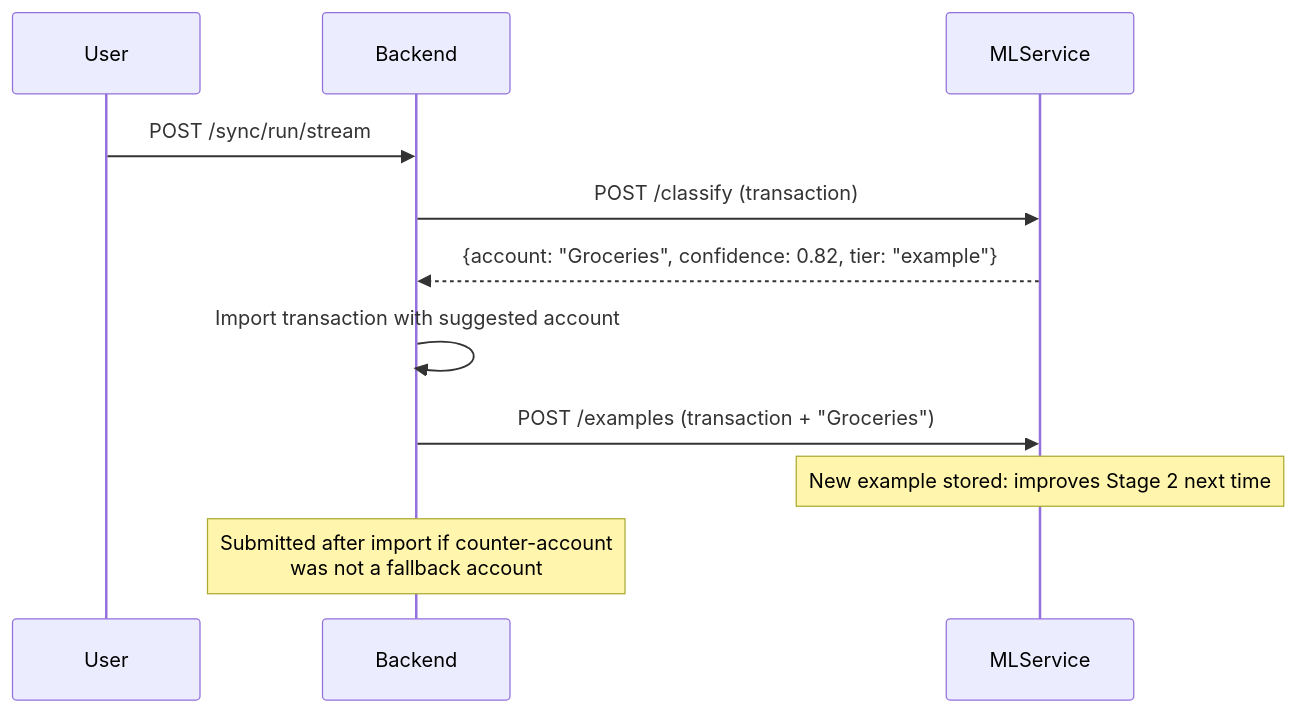
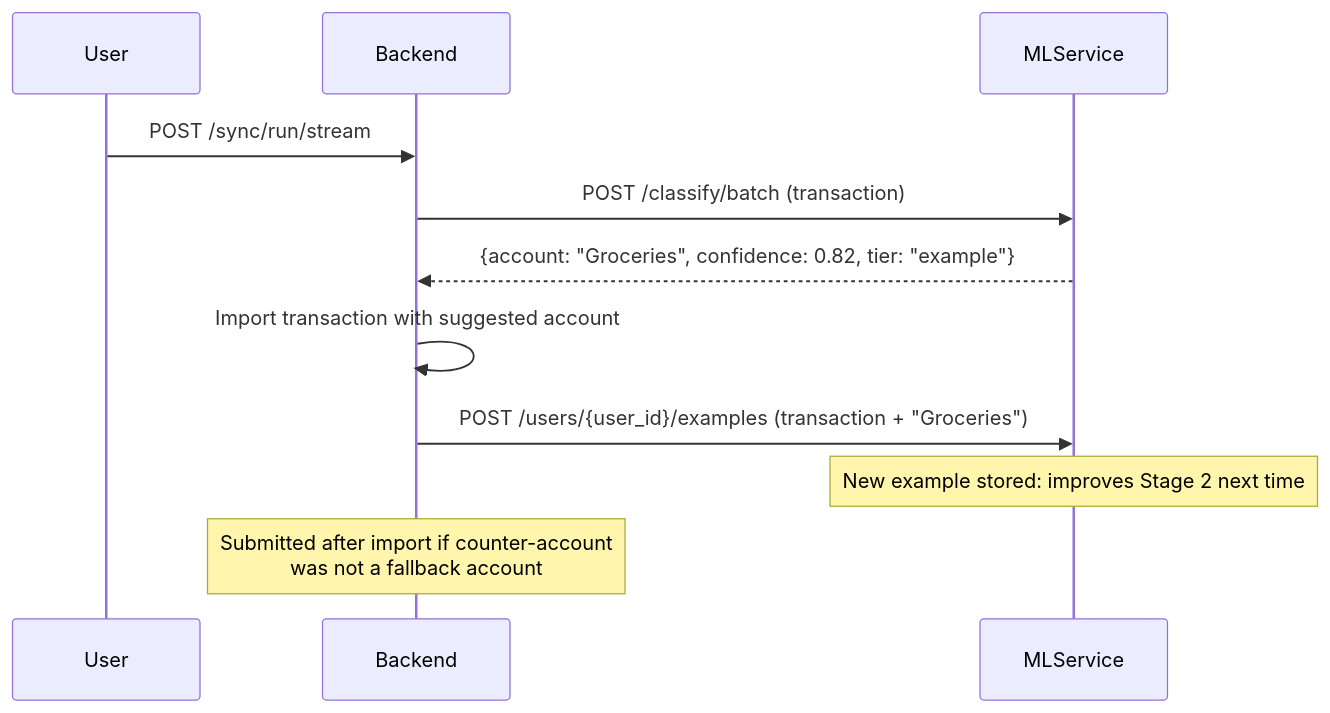
One commit to maltewinckler/swen changed the second of 2 diagrams in docs/ml/pipeline.md. Above: the diagram before and after it, drawn with Mermaid. The commit also changed 11 other files, not shown here.

````diff
--- a/docs/ml/pipeline.md
+++ b/docs/ml/pipeline.md
@@ -96,14 +96,14 @@
 ```mermaid
 sequenceDiagram
     participant User
     participant Backend
     participant MLService
 
     User->>Backend: POST /sync/run/stream
-    Backend->>MLService: POST /classify (transaction)
+    Backend->>MLService: POST /classify/batch (transaction)
     MLService-->>Backend: {account: "Groceries", confidence: 0.82, tier: "example"}
     Backend->>Backend: Import transaction with suggested account
-    Backend->>MLService: POST /examples (transaction + "Groceries")
+    Backend->>MLService: POST /users/{user_id}/examples (transaction + "Groceries")
     Note over MLService: New example stored: improves Stage 2 next time
     Note over Backend: Submitted after import if counter-account<br/>was not a fallback account
 ```
````
